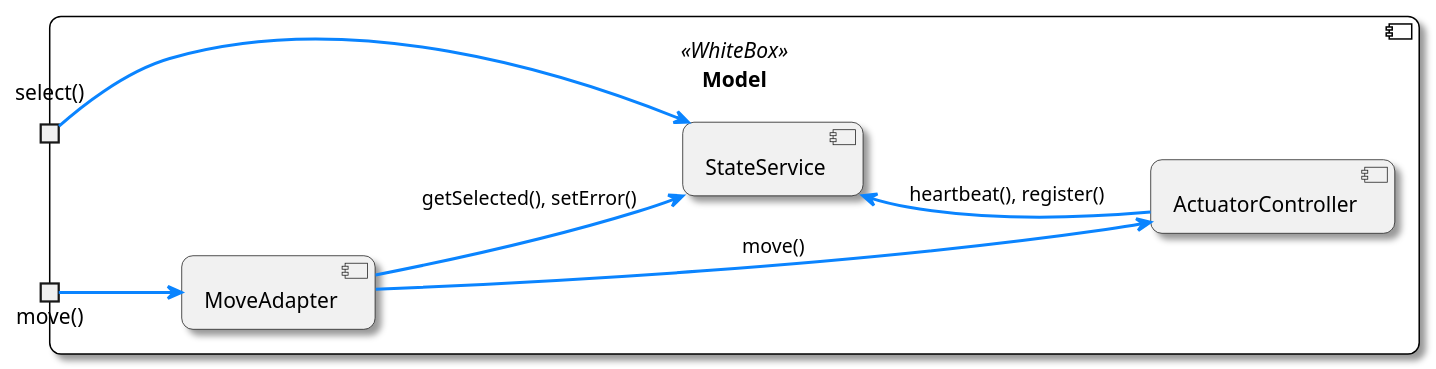
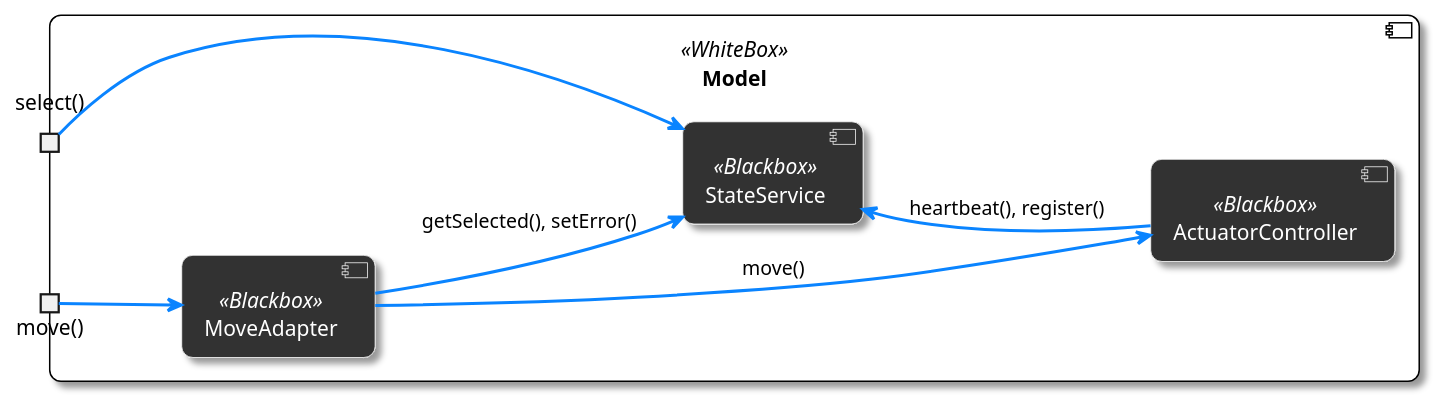
One commit to DavidDao1997/VS_Praktikum-2025-SoSe changed the diagram in Docs/Application/diagrams/baustein_lvl_3_model.plantuml. Above: the diagram before and after it, drawn with PlantUML. The commit also changed 15 other files, not shown here.

```diff
--- a/Docs/Application/diagrams/baustein_lvl_3_model.plantuml
+++ b/Docs/Application/diagrams/baustein_lvl_3_model.plantuml
@@ -1,58 +1,58 @@
 @startuml
 ' ------------------------------------------------------------
 ' Model Component – White-Box Diagramm (refined)
 ' ------------------------------------------------------------
 
 ' Visuelle Einstellungen (zugleich passend zum View-Diagramm)
 skinparam componentStyle uml2
 skinparam roundCorner 15
 skinparam shadowing true
 skinparam lollipopSize 18
 skinparam ArrowColor #0A84FF
 skinparam ArrowThickness 2
 
 ' *** Größeres White-Box-Padding, damit nichts den Titel überlappt ***
 skinparam ComponentPadding 60
 
 ' Stereotyp‐Stile
 skinparam component<<BlackBox>> {
   BackgroundColor #333333
   BorderColor White
   FontColor White
 }
 
 skinparam component<<WhiteBox>> {
   BackgroundColor White
   BorderColor Black
   FontColor Black
 }
 
 left to right direction
 
 ' ------------------------------------------------------------
 ' Model – White-Box
 component "Model\n\n" as M <<WhiteBox>> {
     ' Eingehende Schnittstellen (Sockets)
     portin "move()"   as IMove
     portin "select()" as ISelect
 
     ' Innere Komponenten (vertikal angeordnet)
-    component MoveAdapter
-    component StateService
-    component ActuatorController
+    component MoveAdapter <<Blackbox>>
+    component StateService <<Blackbox>>
+    component ActuatorController <<Blackbox>>
 
     ' Unsichtbare Layout-Hilfspfeile, damit die Reihenfolge fixiert bleibt
     MoveAdapter -[hidden]down-> StateService
     StateService -[hidden]down-> ActuatorController
 }
 
 ' ------------------------------------------------------------
 ' Schnittstellen-Verdrahtung
 IMove   --> MoveAdapter      
 ISelect --> StateService     
 
 MoveAdapter       --> ActuatorController : move()
 MoveAdapter       --> StateService       : getSelected(), setError()
 ActuatorController --> StateService       : heartbeat(), register()
 
 @enduml
```
